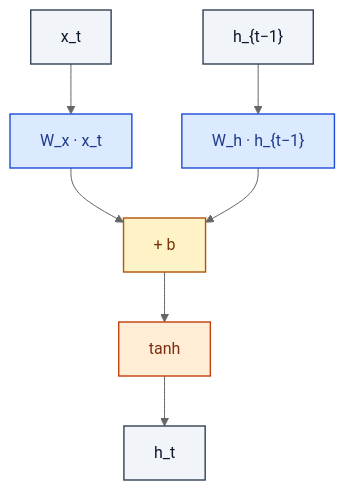
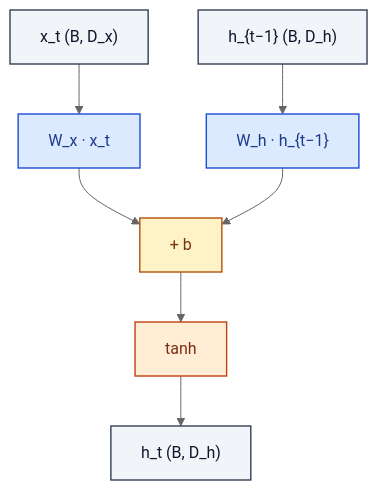
Before and after one commit to RealityShifts/Srivastava-book-of-Blocks-diagrams: the diagram in sequence/RNNCell.md, drawn with Mermaid (neutral theme). The commit also changed 123 other files, not shown here.

````diff
--- a/sequence/RNNCell.md
+++ b/sequence/RNNCell.md
@@ -7,25 +7,26 @@
 ```mermaid
 flowchart TD
-    n0_0["x_t"]:::io
-    n0_1["h_{t−1}"]:::io
+    n0_0["x_t  (B, D_x)"]:::io
+    n0_1["h_{t−1}  (B, D_h)"]:::io
     n1_0["W_x · x_t"]:::op
     n1_1["W_h · h_{t−1}"]:::op
     n2_0["+ b"]:::merge
     n3_0["tanh"]:::act
-    n4_0["h_t"]:::io
+    n4_0["h_t  (B, D_h)"]:::io
     n0_0 --> n1_0
     n0_1 --> n1_1
     n1_0 --> n2_0
     n1_1 --> n2_0
     n2_0 --> n3_0
     n3_0 --> n4_0
     classDef io fill:#f1f5f9,stroke:#334155,stroke-width:1.4px,color:#0f172a
     classDef op fill:#dbeafe,stroke:#1d4ed8,stroke-width:1.4px,color:#1e3a8a
     classDef norm fill:#dcfce7,stroke:#15803d,stroke-width:1.4px,color:#14532d
     classDef act fill:#ffedd5,stroke:#c2410c,stroke-width:1.4px,color:#7c2d12
     classDef attn fill:#ede9fe,stroke:#6d28d9,stroke-width:1.4px,color:#4c1d95
     classDef merge fill:#fef3c7,stroke:#b45309,stroke-width:1.4px,color:#78350f
     classDef emb fill:#fef9c3,stroke:#a16207,stroke-width:1.4px,color:#713f12
     classDef loss fill:#fee2e2,stroke:#b91c1c,stroke-width:1.4px,color:#7f1d1d
     classDef ctrl fill:#f5f5f4,stroke:#52525b,stroke-width:1.4px,color:#27272a
+    classDef ref fill:#e0f2fe,stroke:#0369a1,stroke-width:2px,color:#0c4a6e,stroke-dasharray: 4 2
 ```
````
